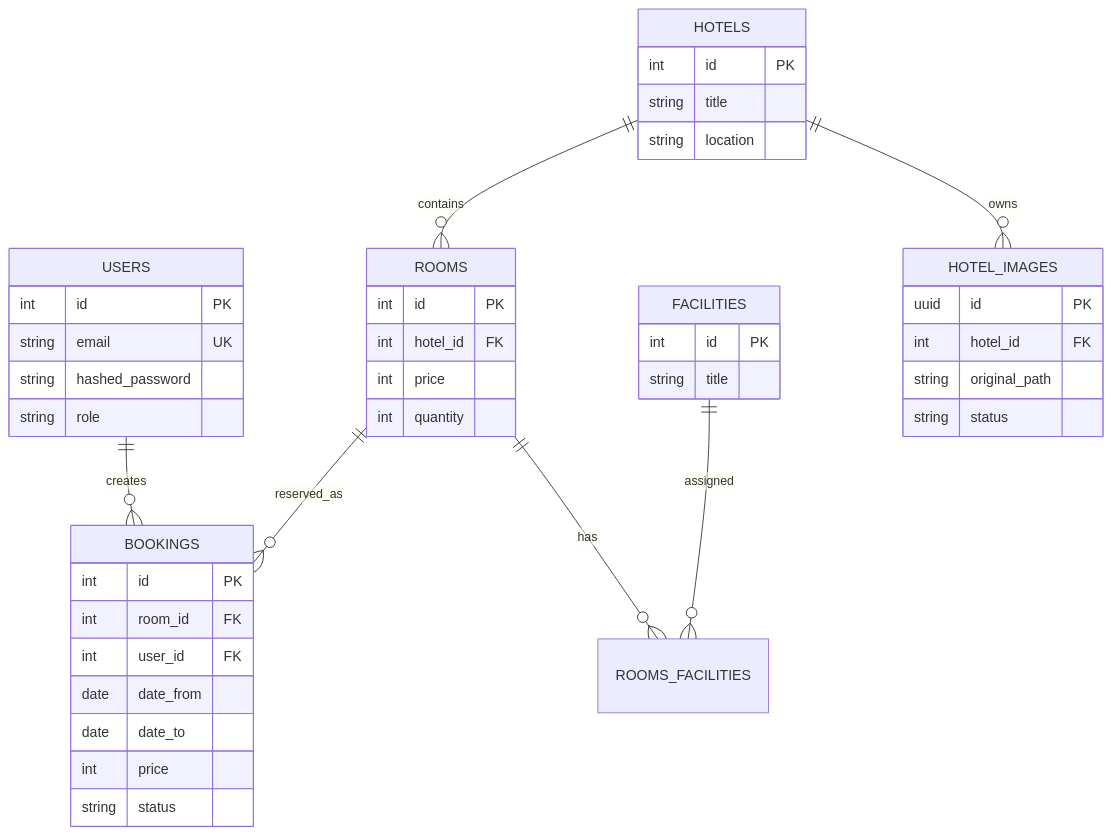
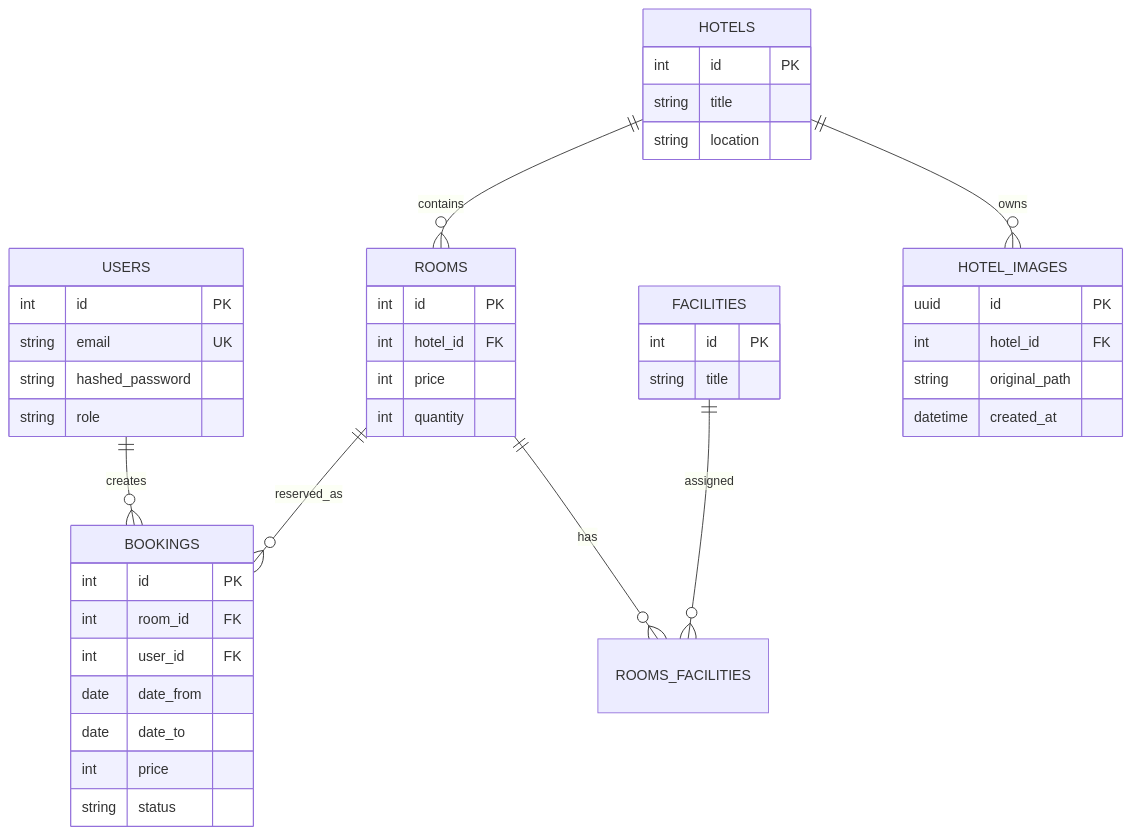
Before and after one commit to MrSuIR/EasyBook: the second of 2 diagrams in README.md, drawn with Mermaid. The commit also changed other lines of this file and 21 other files, not shown here.

````diff
--- a/README.md
+++ b/README.md
@@ -37,16 +35,16 @@
 ```mermaid
 erDiagram
     USERS ||--o{ BOOKINGS : creates
     HOTELS ||--o{ ROOMS : contains
     ROOMS ||--o{ BOOKINGS : reserved_as
     ROOMS ||--o{ ROOMS_FACILITIES : has
     FACILITIES ||--o{ ROOMS_FACILITIES : assigned
     HOTELS ||--o{ HOTEL_IMAGES : owns
 
     USERS { int id PK string email UK string hashed_password string role }
     HOTELS { int id PK string title string location }
     ROOMS { int id PK int hotel_id FK int price int quantity }
     BOOKINGS { int id PK int room_id FK int user_id FK date date_from date date_to int price string status }
     FACILITIES { int id PK string title }
-    HOTEL_IMAGES { uuid id PK int hotel_id FK string original_path string status }
+    HOTEL_IMAGES { uuid id PK int hotel_id FK string original_path datetime created_at }
 ```
````
